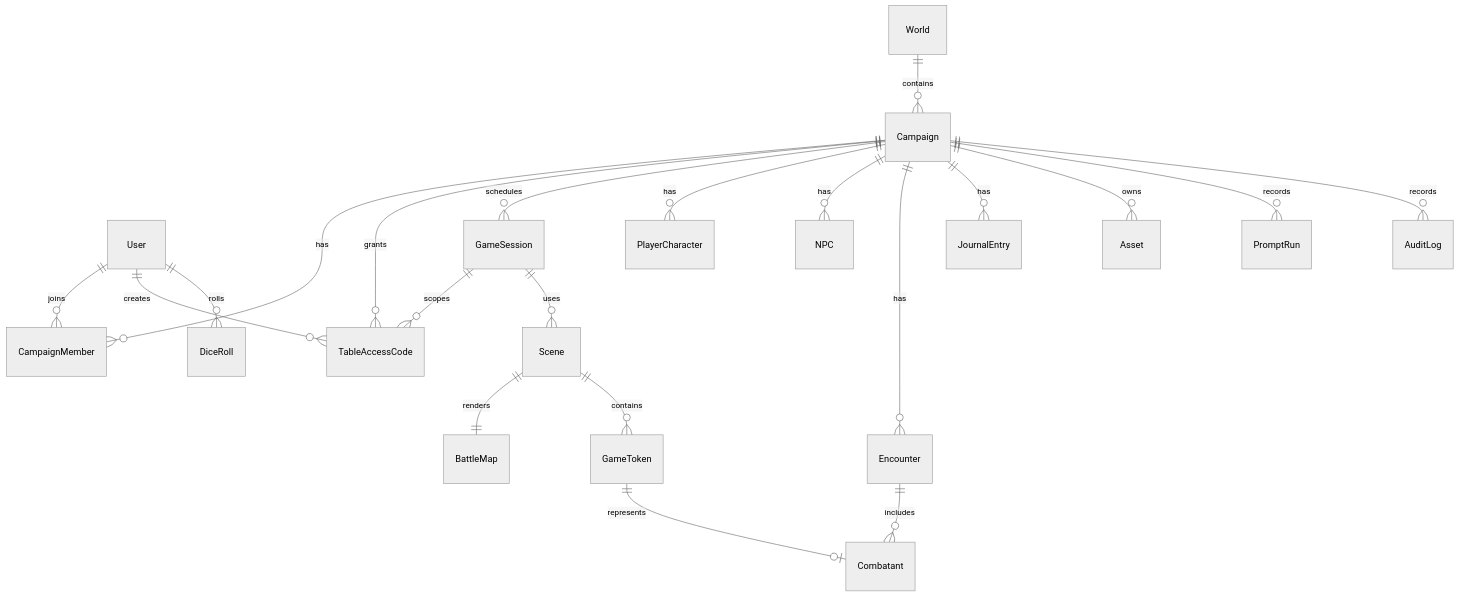
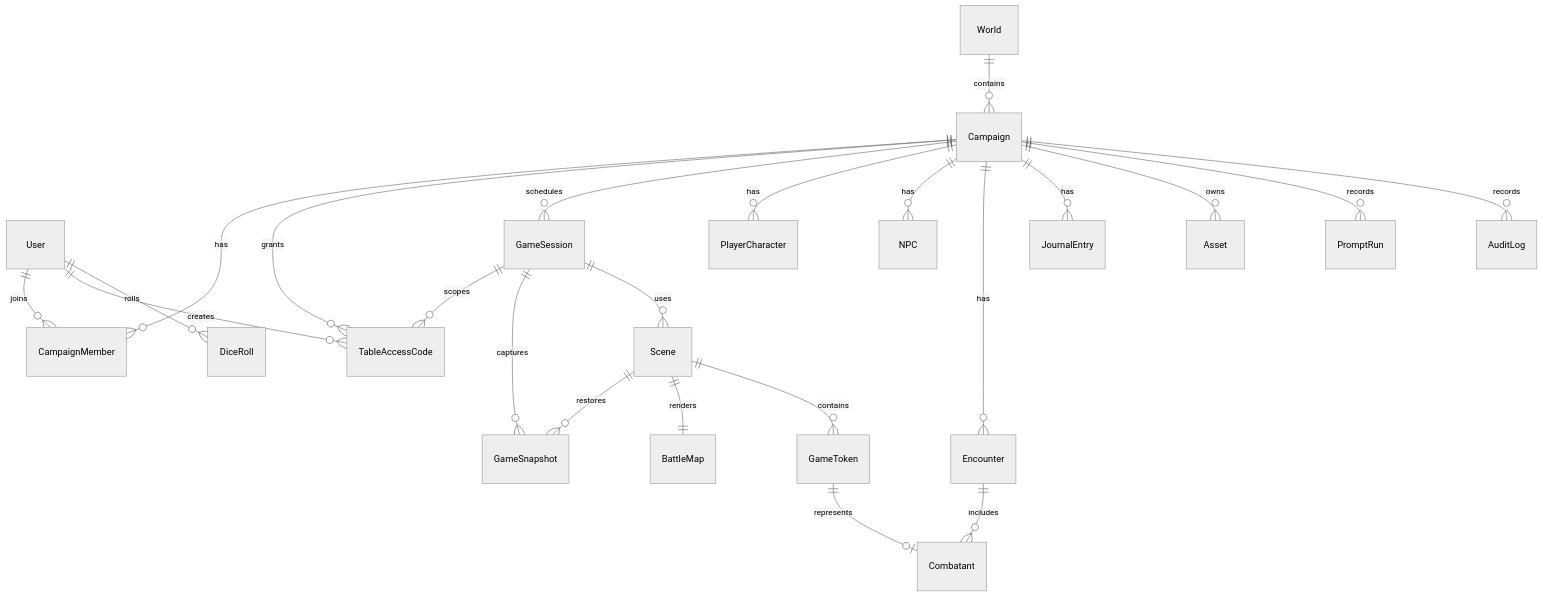
Before and after one commit to jms2o/dm-interactive-table: the diagram in docs/database/Database-Design.md, drawn with Mermaid (neutral theme). The commit also changed other lines of this file and 57 other files, not shown here.

````diff
--- a/docs/database/Database-Design.md
+++ b/docs/database/Database-Design.md
@@ -18,23 +18,25 @@
 ```mermaid
 erDiagram
   User ||--o{ CampaignMember : joins
   User ||--o{ TableAccessCode : creates
   Campaign ||--o{ CampaignMember : has
   Campaign ||--o{ TableAccessCode : grants
   World ||--o{ Campaign : contains
   Campaign ||--o{ GameSession : schedules
   GameSession ||--o{ TableAccessCode : scopes
+  GameSession ||--o{ GameSnapshot : captures
   Campaign ||--o{ PlayerCharacter : has
   Campaign ||--o{ NPC : has
   Campaign ||--o{ Encounter : has
   Campaign ||--o{ JournalEntry : has
   GameSession ||--o{ Scene : uses
+  Scene ||--o{ GameSnapshot : restores
   Scene ||--|| BattleMap : renders
   Scene ||--o{ GameToken : contains
   Encounter ||--o{ Combatant : includes
   GameToken ||--o| Combatant : represents
   User ||--o{ DiceRoll : rolls
   Campaign ||--o{ Asset : owns
   Campaign ||--o{ PromptRun : records
   Campaign ||--o{ AuditLog : records
 ```
````
